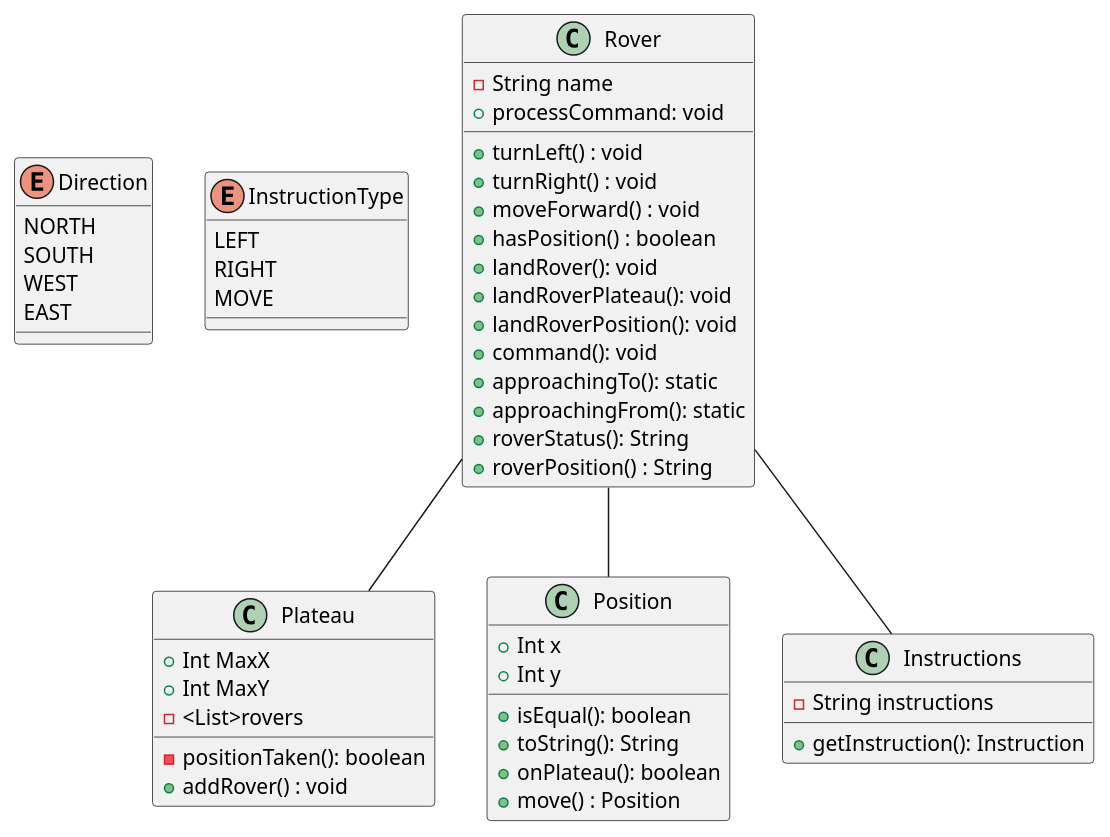
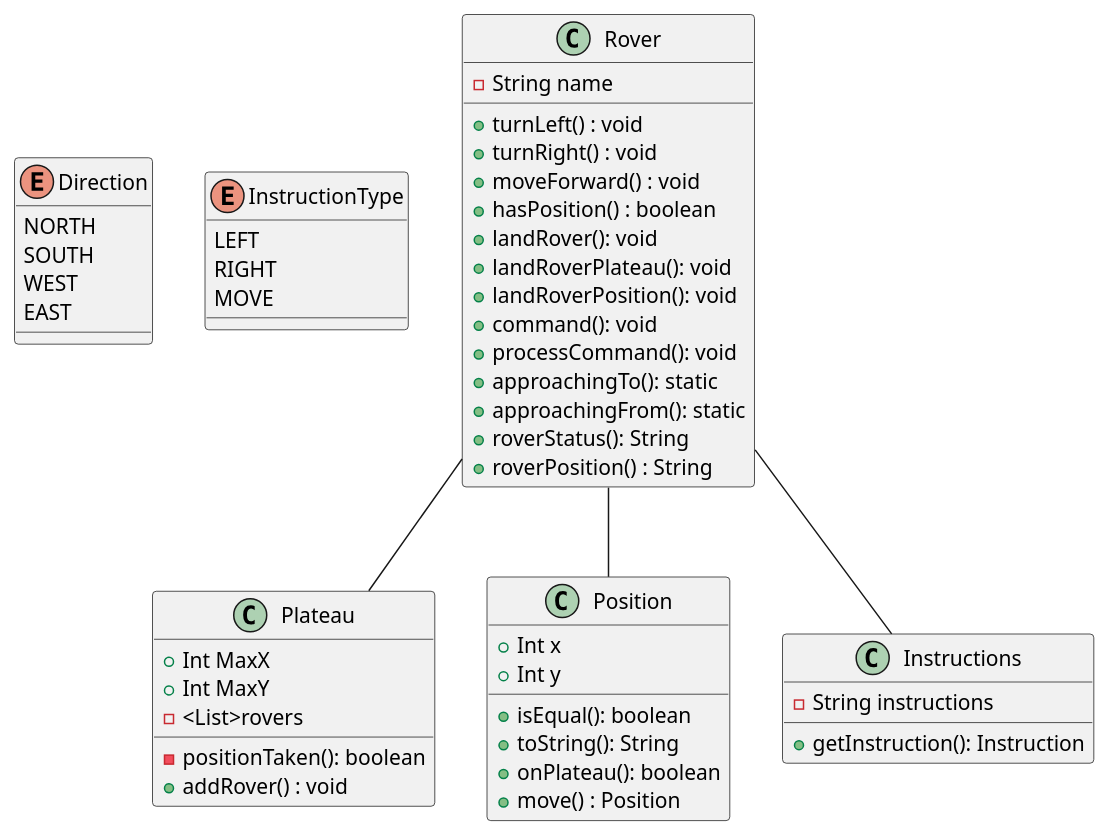
One commit to Gurpreet1490/Mars-Rover-Kata changed the diagram in src/main/resources/UMLDiagram/RoverDiagram.puml. Above: the diagram before and after it, drawn with PlantUML. The commit also changed 1 other file, not shown here.

Commit message:
Diagram improved

```diff
--- a/src/main/resources/UMLDiagram/RoverDiagram.puml
+++ b/src/main/resources/UMLDiagram/RoverDiagram.puml
@@ -1,64 +1,64 @@
 @startuml
 
 enum Direction {
     NORTH
     SOUTH
     WEST
     EAST
 }
 
 enum InstructionType {
     LEFT
     RIGHT
     MOVE
 }
 
 class Plateau {
     + Int MaxX
     + Int MaxY
     -<List>rovers
 
     -positionTaken(): boolean
     +addRover() : void
 }
 
 class Position {
     + Int x
     + Int y
 
     +isEqual(): boolean
     +toString(): String
     +onPlateau(): boolean
     +move() : Position
 }
 
 class Instructions{
     -String instructions
     +getInstruction(): Instruction
 
 }
 
 class Rover{
     -String name
     +turnLeft() : void
     +turnRight() : void
     +moveForward() : void
     +hasPosition() : boolean
     +landRover(): void
     +landRoverPlateau(): void
     +landRoverPosition(): void
     +command(): void
-    +processCommand: void
+    +processCommand(): void
     +approachingTo(): static
     +approachingFrom(): static
     +roverStatus(): String
     +roverPosition() : String
 }
 
 Rover--Instructions
 Rover--Position
 Rover--Plateau
 
 
 
 @enduml
```
